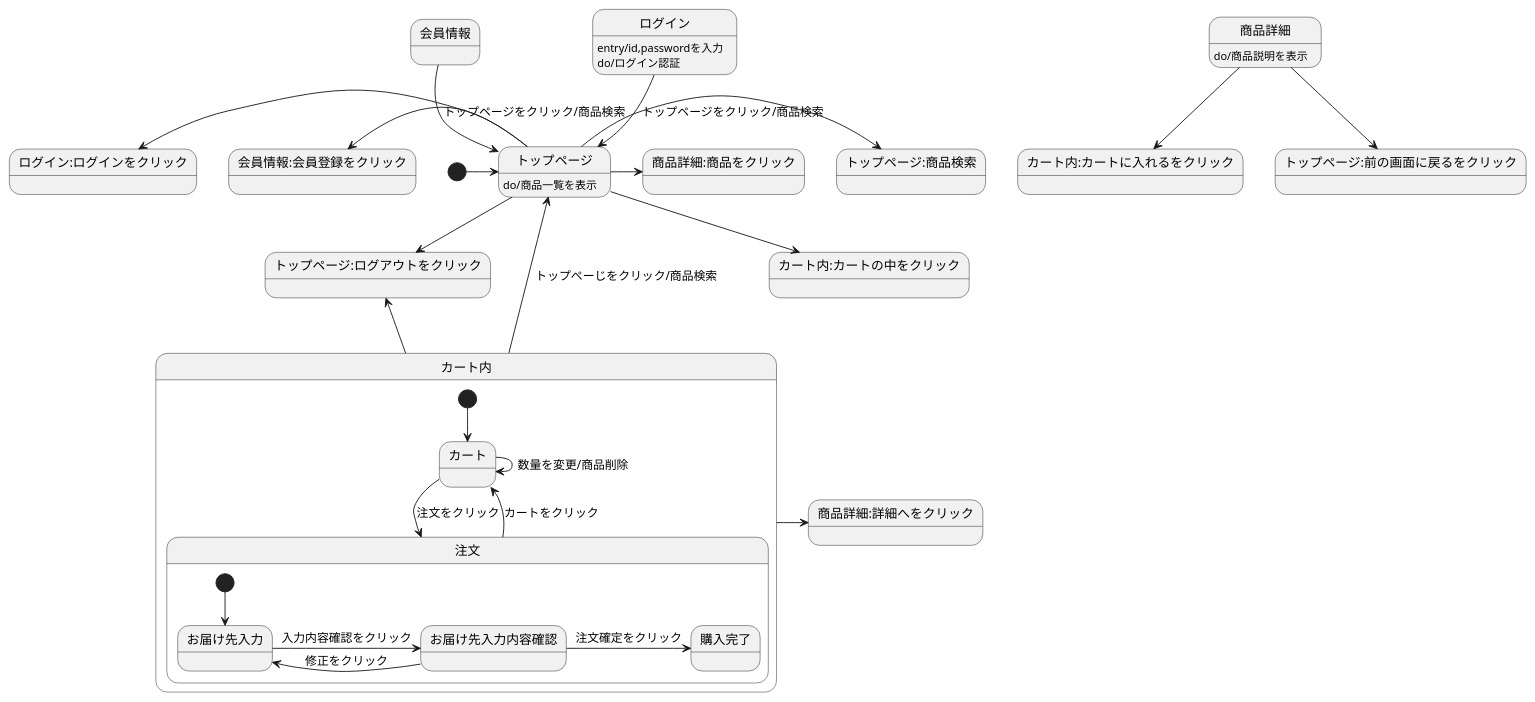
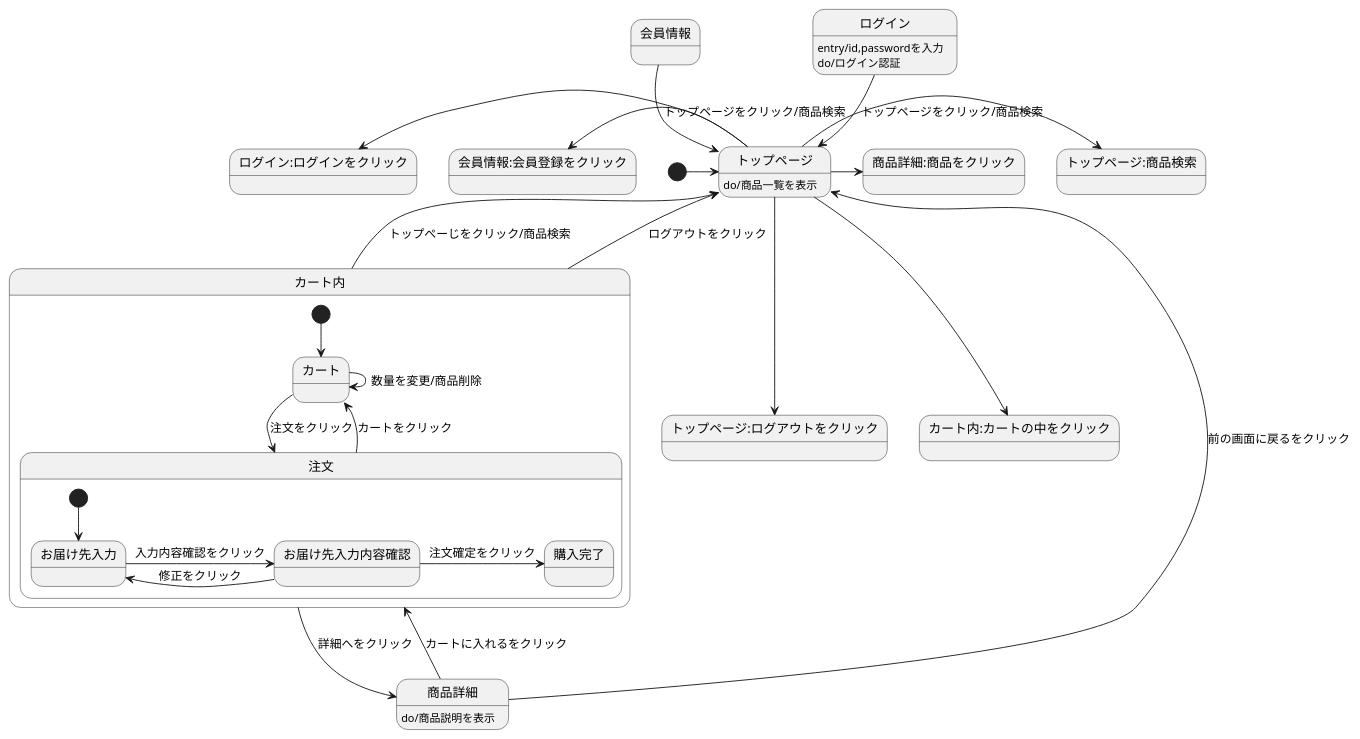
One commit to aso2001362/2021sys-design changed the diagram in gamenseni.md. Above: the diagram before and after it, drawn with PlantUML.

````diff
--- a/gamenseni.md
+++ b/gamenseni.md
@@ -1,35 +1,35 @@
 ```uml
 @startuml
 [*] -> トップページ
 会員情報 --> トップページ:トップページをクリック/商品検索
 ログイン --> トップページ:トップページをクリック/商品検索
 ログイン : entry/id,passwordを入力
 ログイン : do/ログイン認証
 トップページ --> トップページ:ログアウトをクリック
 トップページ -> トップページ:商品検索
 トップページ -> 商品詳細:商品をクリック
-トップページ-left-> 会員情報:会員登録をクリック
+トップページ -left-> 会員情報:会員登録をクリック
 トップページ -left-> ログイン:ログインをクリック
 トップページ --> カート内:カートの中をクリック
-トップページ :do/商品一覧を表示
-商品詳細 --> カート内:カートに入れるをクリック
-商品詳細 --> トップページ:前の画面に戻るをクリック
+トップページ : do/商品一覧を表示
+商品詳細 --> カート内 : カートに入れるをクリック
+商品詳細 --> トップページ : 前の画面に戻るをクリック
 商品詳細 : do/商品説明を表示
-カート内 -up-> トップページ:トップぺーじをクリック/商品検索
-カート内 -up-> トップページ:ログアウトをクリック
-カート内 ->商品詳細:詳細へをクリック
+カート内 -up-> トップページ : トップぺーじをクリック/商品検索
+カート内 -up-> トップページ : ログアウトをクリック
+カート内 ->商品詳細 : 詳細へをクリック
   
 state カート内{
  [*] -->カート
  カート -> 注文 :注文をクリック
  カート -> カート :数量を変更/商品削除
  注文 --> カート :カートをクリック
  state 注文{
   [*] --> お届け先入力
-  お届け先入力 -> お届け先入力内容確認 :入力内容確認をクリック
-  お届け先入力内容確認 -> お届け先入力 :修正をクリック
-  お届け先入力内容確認 -> 購入完了 :注文確定をクリック
+  お届け先入力 -> お届け先入力内容確認 : 入力内容確認をクリック
+  お届け先入力内容確認 -> お届け先入力 : 修正をクリック
+  お届け先入力内容確認 -> 購入完了 : 注文確定をクリック
   }
  }
 @enduml
 ```
````
